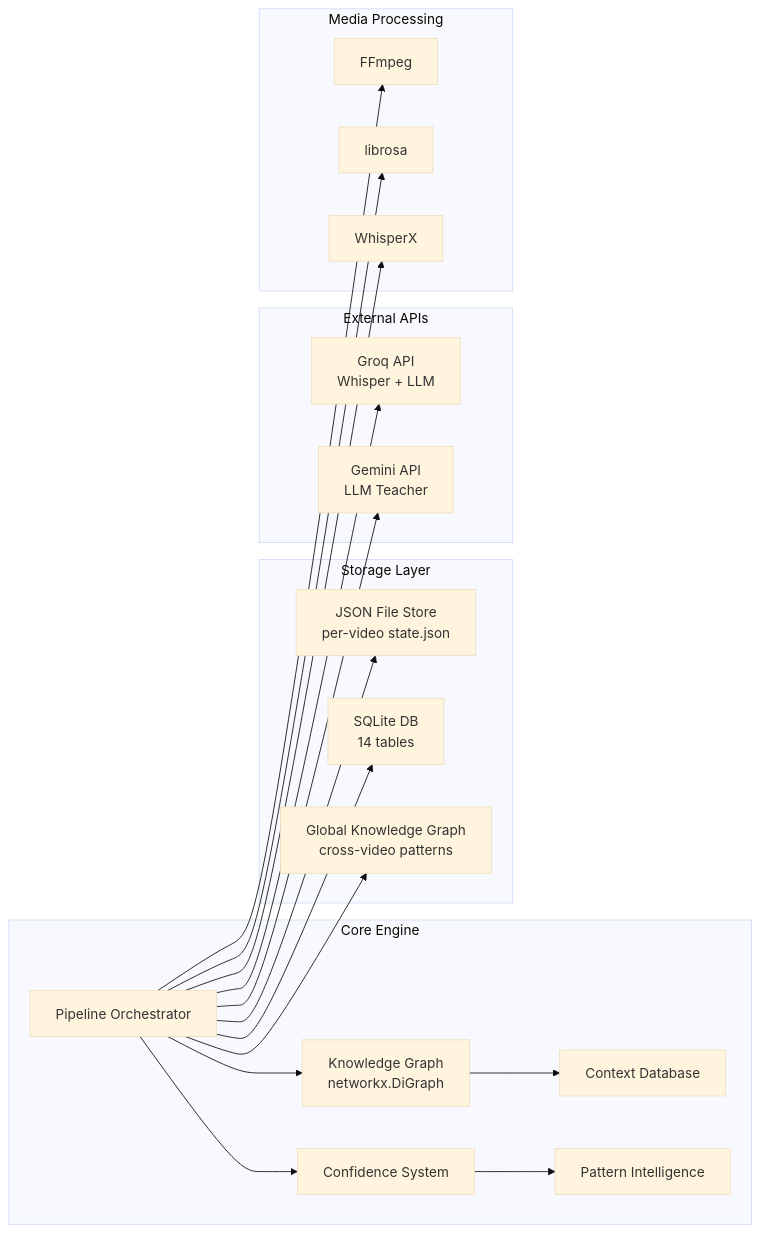
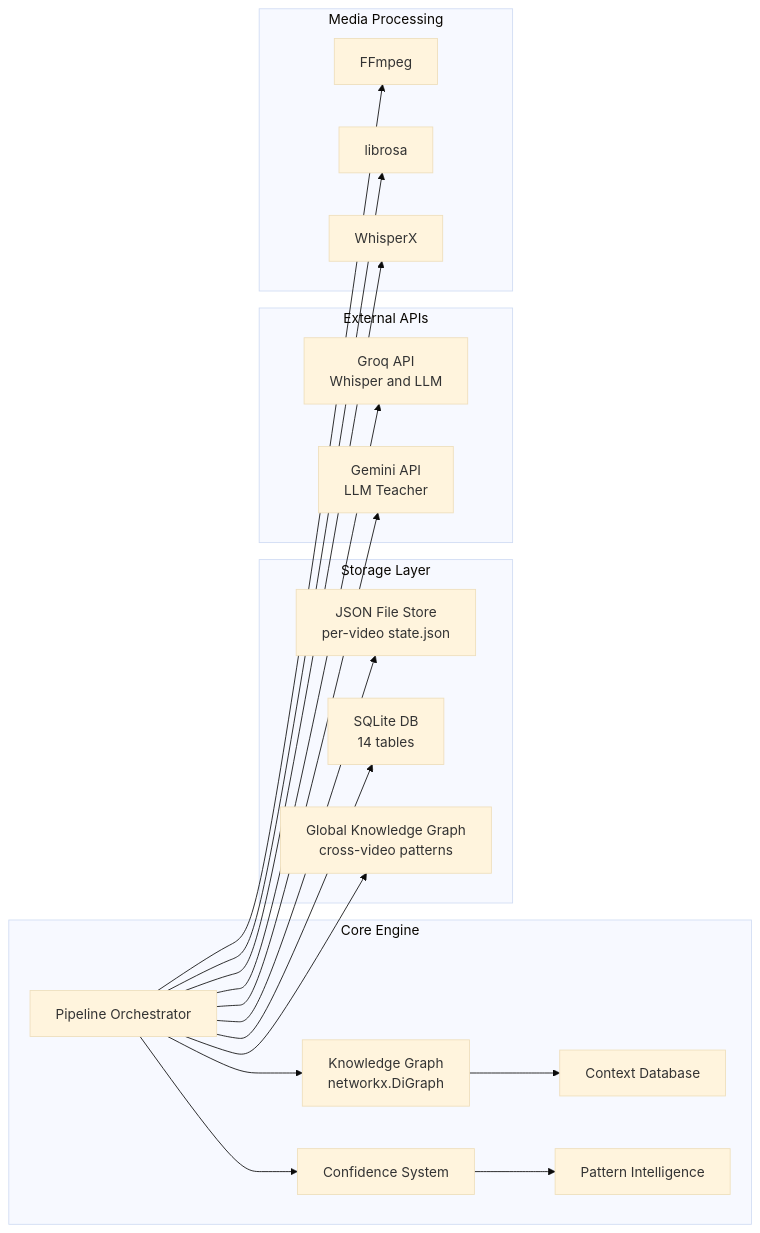
Before and after one commit to samm329-ui/Trimora: the second of 24 diagrams in README.md, drawn with Mermaid (base theme). The commit also changed other lines of this file, not shown here.

Commit message:
docs: comprehensive README with Mermaid diagrams for the engine pipeline

````diff
--- a/README.md
+++ b/README.md
@@ -109,32 +123,40 @@
 ```mermaid
 flowchart LR
     subgraph Core["Core Engine"]
         P[Pipeline Orchestrator]
         KG[Knowledge Graph<br/>networkx.DiGraph]
         CD[Context Database]
         CS[Confidence System]
         PI[Pattern Intelligence]
     end
 
     subgraph Storage["Storage Layer"]
         JSON[JSON File Store<br/>per-video state.json]
         SQL[SQLite DB<br/>14 tables]
         GLOBAL[Global Knowledge Graph<br/>cross-video patterns]
     end
 
     subgraph External["External APIs"]
-        GROQ[Groq API<br/>Whisper + LLM]
+        GROQ[Groq API<br/>Whisper and LLM]
         GEMINI[Gemini API<br/>LLM Teacher]
     end
 
     subgraph Media["Media Processing"]
         FF[FFmpeg]
         LB[librosa]
         WX[WhisperX]
     end
 
-    P --> FF & LB & WX & GROQ & GEMINI
-    P --> KG --> CD
-    P --> CS --> PI
-    P --> JSON & SQL & GLOBAL
+    P --> FF
+    P --> LB
+    P --> WX
+    P --> GROQ
+    P --> GEMINI
+    P --> KG
+    KG --> CD
+    P --> CS
+    CS --> PI
+    P --> JSON
+    P --> SQL
+    P --> GLOBAL
 ```
````
